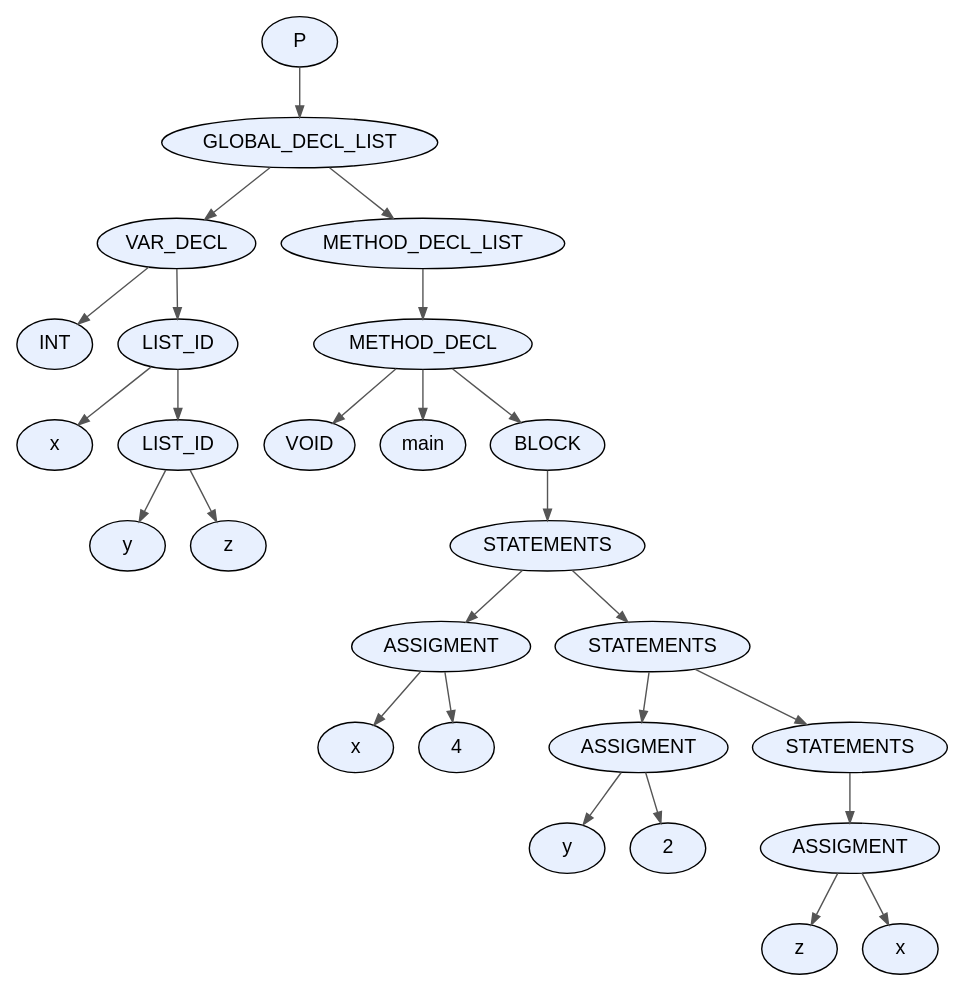
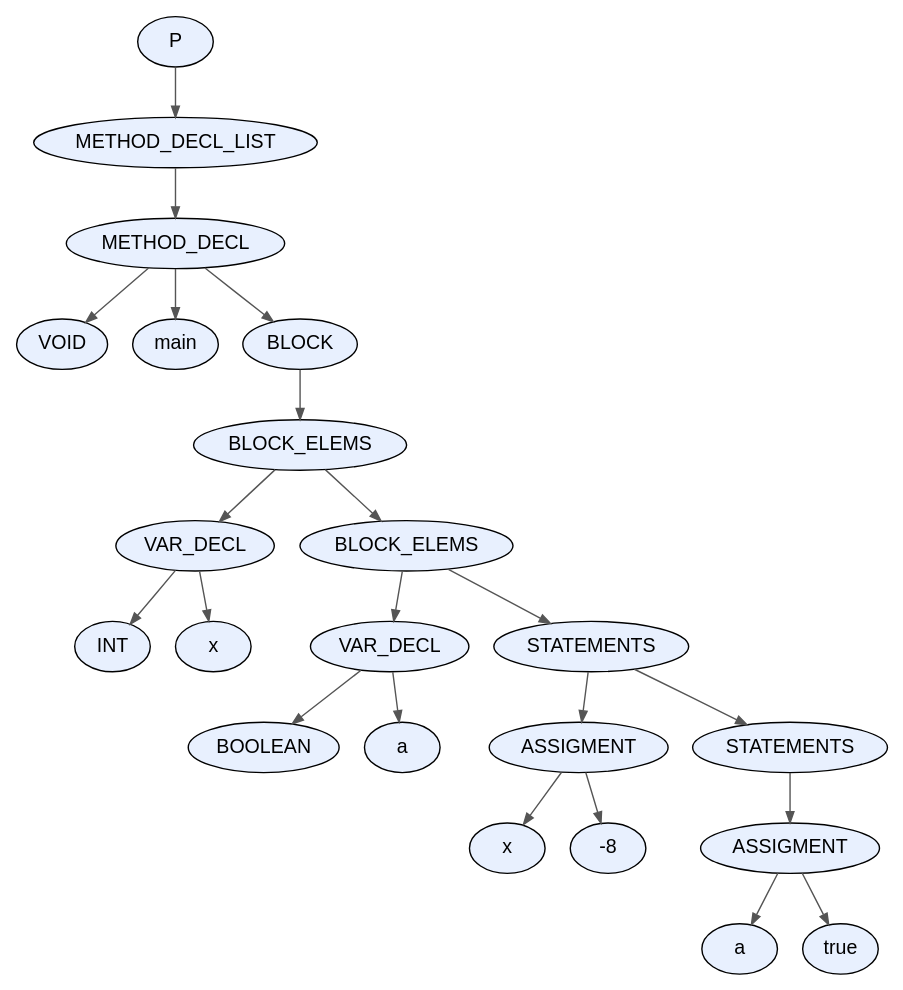
One commit to facundo-dario-loser/TDS2026 changed the diagram in proyecto/dot_files/test18.dot. Above: the diagram before and after it, drawn with Graphviz. The commit also changed 31 other files, not shown here.

```diff
--- a/proyecto/dot_files/test18.dot
+++ b/proyecto/dot_files/test18.dot
@@ -1,55 +1,47 @@
 digraph AST {
   node [fontname="Arial"];
   edge [arrowsize=0.8, color="#555555"];
-  "node_0x63c95b9af2f0" [label="P", style=filled, fillcolor="#E8F0FE", shape=ellipse, style="rounded,filled"];
-  "node_0x63c95b9af2f0" -> "node_0x63c95b9af2a0";
-  "node_0x63c95b9af2a0" [label="GLOBAL_DECL_LIST", style=filled, fillcolor="#E8F0FE", shape=ellipse, style="rounded,filled"];
-  "node_0x63c95b9af2a0" -> "node_0x63c95b9aebc0";
-  "node_0x63c95b9aebc0" [label="VAR_DECL", style=filled, fillcolor="#E8F0FE", shape=ellipse, style="rounded,filled"];
-  "node_0x63c95b9aebc0" -> "node_0x63c95b9ae920";
-  "node_0x63c95b9ae920" [label="INT", style=filled, fillcolor="#E8F0FE", shape=ellipse, style="rounded,filled"];
-  "node_0x63c95b9aebc0" -> "node_0x63c95b9aeb70";
-  "node_0x63c95b9aeb70" [label="LIST_ID", style=filled, fillcolor="#E8F0FE", shape=ellipse, style="rounded,filled"];
-  "node_0x63c95b9aeb70" -> "node_0x63c95b9aeb00";
-  "node_0x63c95b9aeb00" [label="x", style=filled, fillcolor="#E8F0FE", shape=ellipse, style="rounded,filled"];
-  "node_0x63c95b9aeb70" -> "node_0x63c95b9aeab0";
-  "node_0x63c95b9aeab0" [label="LIST_ID", style=filled, fillcolor="#E8F0FE", shape=ellipse, style="rounded,filled"];
-  "node_0x63c95b9aeab0" -> "node_0x63c95b9aea40";
-  "node_0x63c95b9aea40" [label="y", style=filled, fillcolor="#E8F0FE", shape=ellipse, style="rounded,filled"];
-  "node_0x63c95b9aeab0" -> "node_0x63c95b9ae9d0";
-  "node_0x63c95b9ae9d0" [label="z", style=filled, fillcolor="#E8F0FE", shape=ellipse, style="rounded,filled"];
-  "node_0x63c95b9af2a0" -> "node_0x63c95b9af250";
-  "node_0x63c95b9af250" [label="METHOD_DECL_LIST", style=filled, fillcolor="#E8F0FE", shape=ellipse, style="rounded,filled"];
-  "node_0x63c95b9af250" -> "node_0x63c95b9af200";
-  "node_0x63c95b9af200" [label="METHOD_DECL", style=filled, fillcolor="#E8F0FE", shape=ellipse, style="rounded,filled"];
-  "node_0x63c95b9af200" -> "node_0x63c95b9af140";
-  "node_0x63c95b9af140" [label="VOID", style=filled, fillcolor="#E8F0FE", shape=ellipse, style="rounded,filled"];
-  "node_0x63c95b9af200" -> "node_0x63c95b9af190";
-  "node_0x63c95b9af190" [label="main", style=filled, fillcolor="#E8F0FE", shape=ellipse, style="rounded,filled"];
-  "node_0x63c95b9af200" -> "node_0x63c95b9af0f0";
-  "node_0x63c95b9af0f0" [label="BLOCK", style=filled, fillcolor="#E8F0FE", shape=ellipse, style="rounded,filled"];
-  "node_0x63c95b9af0f0" -> "node_0x63c95b9af0a0";
-  "node_0x63c95b9af0a0" [label="STATEMENTS", style=filled, fillcolor="#E8F0FE", shape=ellipse, style="rounded,filled"];
-  "node_0x63c95b9af0a0" -> "node_0x63c95b9aed10";
-  "node_0x63c95b9aed10" [label="ASSIGMENT", style=filled, fillcolor="#E8F0FE", shape=ellipse, style="rounded,filled"];
-  "node_0x63c95b9aed10" -> "node_0x63c95b9aeca0";
-  "node_0x63c95b9aeca0" [label="x", style=filled, fillcolor="#E8F0FE", shape=ellipse, style="rounded,filled"];
-  "node_0x63c95b9aed10" -> "node_0x63c95b9aec50";
-  "node_0x63c95b9aec50" [label="4", style=filled, fillcolor="#E8F0FE", shape=ellipse, style="rounded,filled"];
-  "node_0x63c95b9af0a0" -> "node_0x63c95b9af050";
-  "node_0x63c95b9af050" [label="STATEMENTS", style=filled, fillcolor="#E8F0FE", shape=ellipse, style="rounded,filled"];
-  "node_0x63c95b9af050" -> "node_0x63c95b9aee40";
-  "node_0x63c95b9aee40" [label="ASSIGMENT", style=filled, fillcolor="#E8F0FE", shape=ellipse, style="rounded,filled"];
-  "node_0x63c95b9aee40" -> "node_0x63c95b9aedd0";
-  "node_0x63c95b9aedd0" [label="y", style=filled, fillcolor="#E8F0FE", shape=ellipse, style="rounded,filled"];
-  "node_0x63c95b9aee40" -> "node_0x63c95b9aed80";
-  "node_0x63c95b9aed80" [label="2", style=filled, fillcolor="#E8F0FE", shape=ellipse, style="rounded,filled"];
-  "node_0x63c95b9af050" -> "node_0x63c95b9af000";
-  "node_0x63c95b9af000" [label="STATEMENTS", style=filled, fillcolor="#E8F0FE", shape=ellipse, style="rounded,filled"];
-  "node_0x63c95b9af000" -> "node_0x63c95b9aefb0";
-  "node_0x63c95b9aefb0" [label="ASSIGMENT", style=filled, fillcolor="#E8F0FE", shape=ellipse, style="rounded,filled"];
-  "node_0x63c95b9aefb0" -> "node_0x63c95b9aef40";
-  "node_0x63c95b9aef40" [label="z", style=filled, fillcolor="#E8F0FE", shape=ellipse, style="rounded,filled"];
-  "node_0x63c95b9aefb0" -> "node_0x63c95b9aeed0";
-  "node_0x63c95b9aeed0" [label="x", style=filled, fillcolor="#E8F0FE", shape=ellipse, style="rounded,filled"];
+  "node_0x5a95b4882ee0" [label="P", style=filled, fillcolor="#E8F0FE", shape=ellipse, style="rounded,filled"];
+  "node_0x5a95b4882ee0" -> "node_0x5a95b4882e90";
+  "node_0x5a95b4882e90" [label="METHOD_DECL_LIST", style=filled, fillcolor="#E8F0FE", shape=ellipse, style="rounded,filled"];
+  "node_0x5a95b4882e90" -> "node_0x5a95b4882e40";
+  "node_0x5a95b4882e40" [label="METHOD_DECL", style=filled, fillcolor="#E8F0FE", shape=ellipse, style="rounded,filled"];
+  "node_0x5a95b4882e40" -> "node_0x5a95b4882d80";
+  "node_0x5a95b4882d80" [label="VOID", style=filled, fillcolor="#E8F0FE", shape=ellipse, style="rounded,filled"];
+  "node_0x5a95b4882e40" -> "node_0x5a95b4882dd0";
+  "node_0x5a95b4882dd0" [label="main", style=filled, fillcolor="#E8F0FE", shape=ellipse, style="rounded,filled"];
+  "node_0x5a95b4882e40" -> "node_0x5a95b4882d30";
+  "node_0x5a95b4882d30" [label="BLOCK", style=filled, fillcolor="#E8F0FE", shape=ellipse, style="rounded,filled"];
+  "node_0x5a95b4882d30" -> "node_0x5a95b4882ce0";
+  "node_0x5a95b4882ce0" [label="BLOCK_ELEMS", style=filled, fillcolor="#E8F0FE", shape=ellipse, style="rounded,filled"];
+  "node_0x5a95b4882ce0" -> "node_0x5a95b4882630";
+  "node_0x5a95b4882630" [label="VAR_DECL", style=filled, fillcolor="#E8F0FE", shape=ellipse, style="rounded,filled"];
+  "node_0x5a95b4882630" -> "node_0x5a95b4882550";
+  "node_0x5a95b4882550" [label="INT", style=filled, fillcolor="#E8F0FE", shape=ellipse, style="rounded,filled"];
+  "node_0x5a95b4882630" -> "node_0x5a95b48825c0";
+  "node_0x5a95b48825c0" [label="x", style=filled, fillcolor="#E8F0FE", shape=ellipse, style="rounded,filled"];
+  "node_0x5a95b4882ce0" -> "node_0x5a95b4882c90";
+  "node_0x5a95b4882c90" [label="BLOCK_ELEMS", style=filled, fillcolor="#E8F0FE", shape=ellipse, style="rounded,filled"];
+  "node_0x5a95b4882c90" -> "node_0x5a95b4882760";
+  "node_0x5a95b4882760" [label="VAR_DECL", style=filled, fillcolor="#E8F0FE", shape=ellipse, style="rounded,filled"];
+  "node_0x5a95b4882760" -> "node_0x5a95b4882680";
+  "node_0x5a95b4882680" [label="BOOLEAN", style=filled, fillcolor="#E8F0FE", shape=ellipse, style="rounded,filled"];
+  "node_0x5a95b4882760" -> "node_0x5a95b48826f0";
+  "node_0x5a95b48826f0" [label="a", style=filled, fillcolor="#E8F0FE", shape=ellipse, style="rounded,filled"];
+  "node_0x5a95b4882c90" -> "node_0x5a95b4882c40";
+  "node_0x5a95b4882c40" [label="STATEMENTS", style=filled, fillcolor="#E8F0FE", shape=ellipse, style="rounded,filled"];
+  "node_0x5a95b4882c40" -> "node_0x5a95b4882980";
+  "node_0x5a95b4882980" [label="ASSIGMENT", style=filled, fillcolor="#E8F0FE", shape=ellipse, style="rounded,filled"];
+  "node_0x5a95b4882980" -> "node_0x5a95b4882910";
+  "node_0x5a95b4882910" [label="x", style=filled, fillcolor="#E8F0FE", shape=ellipse, style="rounded,filled"];
+  "node_0x5a95b4882980" -> "node_0x5a95b48831c0";
+  "node_0x5a95b48831c0" [label="-8", style=filled, fillcolor="#E8F0FE", shape=ellipse, style="rounded,filled"];
+  "node_0x5a95b4882c40" -> "node_0x5a95b4882bf0";
+  "node_0x5a95b4882bf0" [label="STATEMENTS", style=filled, fillcolor="#E8F0FE", shape=ellipse, style="rounded,filled"];
+  "node_0x5a95b4882bf0" -> "node_0x5a95b4882ba0";
+  "node_0x5a95b4882ba0" [label="ASSIGMENT", style=filled, fillcolor="#E8F0FE", shape=ellipse, style="rounded,filled"];
+  "node_0x5a95b4882ba0" -> "node_0x5a95b4882b30";
+  "node_0x5a95b4882b30" [label="a", style=filled, fillcolor="#E8F0FE", shape=ellipse, style="rounded,filled"];
+  "node_0x5a95b4882ba0" -> "node_0x5a95b48829f0";
+  "node_0x5a95b48829f0" [label="true", style=filled, fillcolor="#E8F0FE", shape=ellipse, style="rounded,filled"];
 }
```
